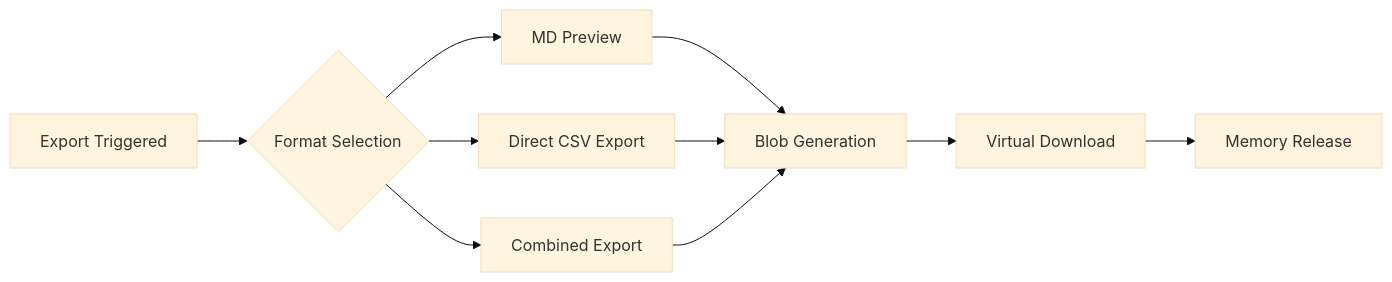
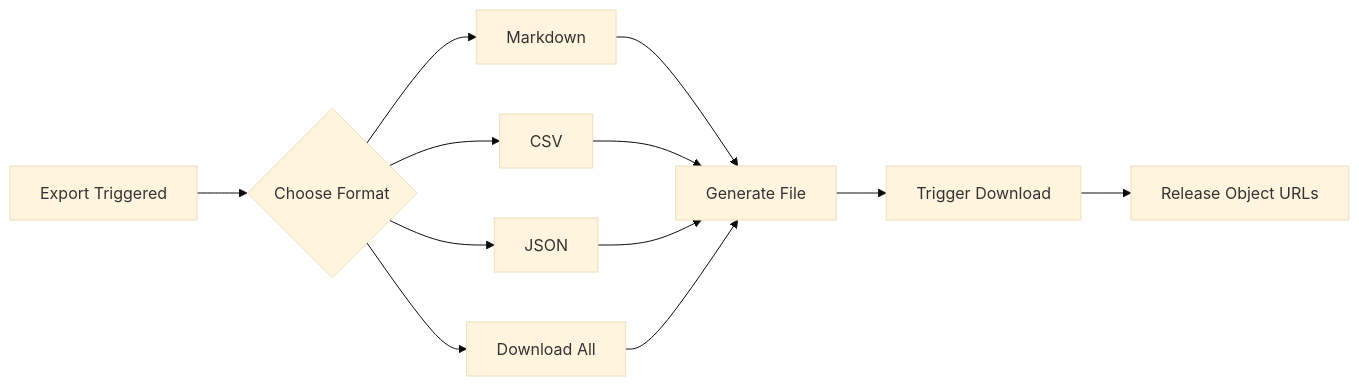
The fourth of 6 diagrams in readme-EN.md (linyaocrush/DLsite-Purchase-Analyzer), drawn with Mermaid (base theme) before and after one commit. The commit also changed other lines of this file and 2 other files, not shown here.

````diff
--- a/readme-EN.md
+++ b/readme-EN.md
@@ -206,12 +212,14 @@
 ```mermaid
 graph LR
-    A[Export Triggered] --> B{Format Selection}
-    B --> C[MD Preview]
-    B --> D[Direct CSV Export]
-    B --> E[Combined Export]
-    C --> F[Blob Generation]
-    D --> F
-    E --> F
-    F --> G[Virtual Download]
-    G --> H[Memory Release]
+    A[Export Triggered] --> B{Choose Format}
+    B --> C[Markdown]
+    B --> D[CSV]
+    B --> E[JSON]
+    B --> F[Download All]
+    C --> G[Generate File]
+    D --> G
+    E --> G
+    F --> G
+    G --> H[Trigger Download]
+    H --> I[Release Object URLs]
 ```
````
